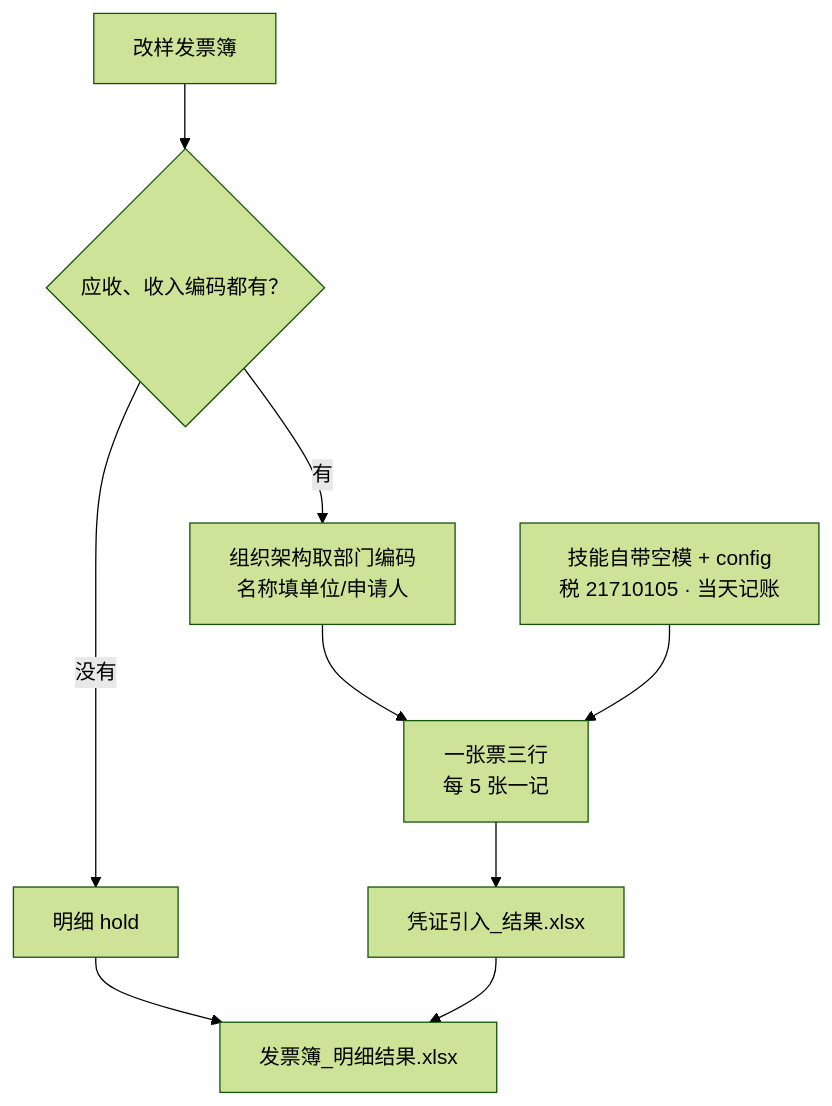
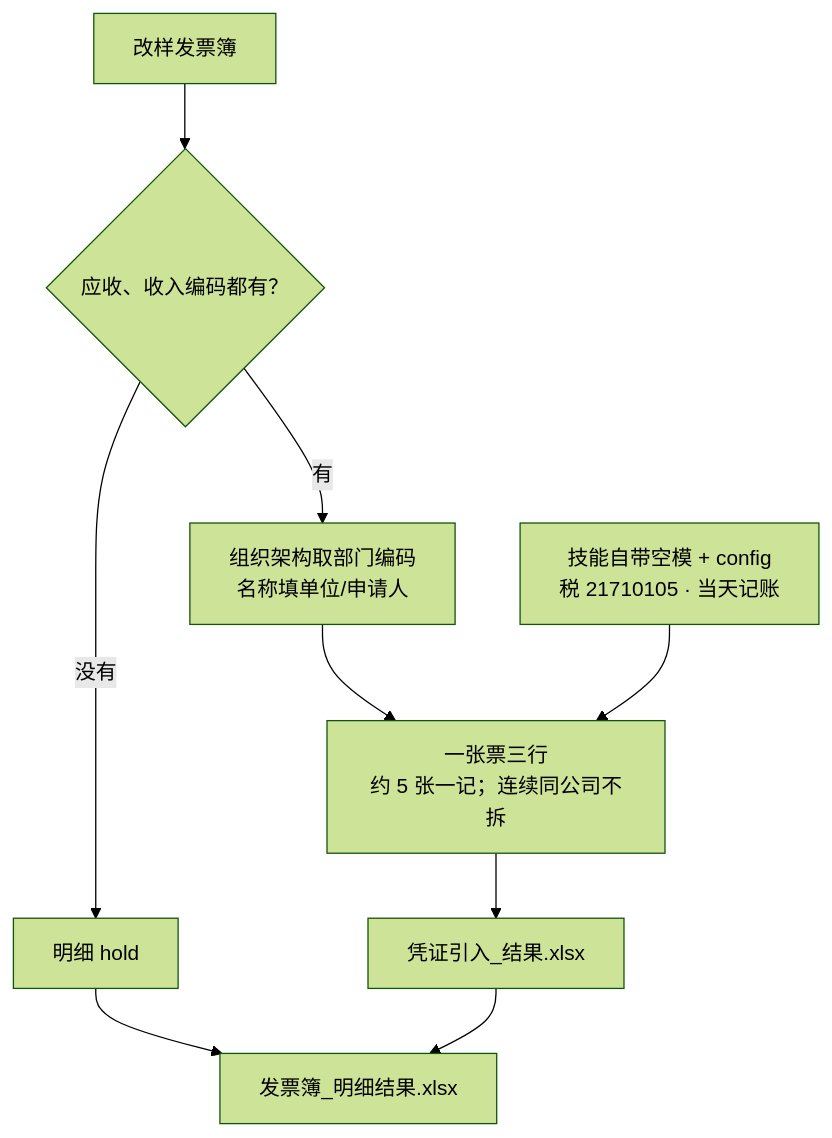
One commit to EvanLee2004/finance-skills changed the diagram in skills/qige-invoice-to-kingdee/README.md. Above: the diagram before and after it, drawn with Mermaid (forest theme). The commit also changed other lines of this file and 6 other files, not shown here.

````diff
--- a/skills/qige-invoice-to-kingdee/README.md
+++ b/skills/qige-invoice-to-kingdee/README.md
@@ -49,11 +49,11 @@
 ```mermaid
 flowchart TD
   A["改样发票簿"] --> B{"应收、收入编码都有？"}
   B -->|没有| H["明细 hold"]
   B -->|有| C["组织架构取部门编码<br/>名称填单位/申请人"]
-  C --> D["一张票三行<br/>每 5 张一记"]
+  C --> D["一张票三行<br/>约 5 张一记；连续同公司不拆"]
   D --> E["凭证引入_结果.xlsx"]
   H --> F["发票簿_明细结果.xlsx"]
   E --> F
   R["技能自带空模 + config<br/>税 21710105 · 当天记账"] --> D
 ```
````
